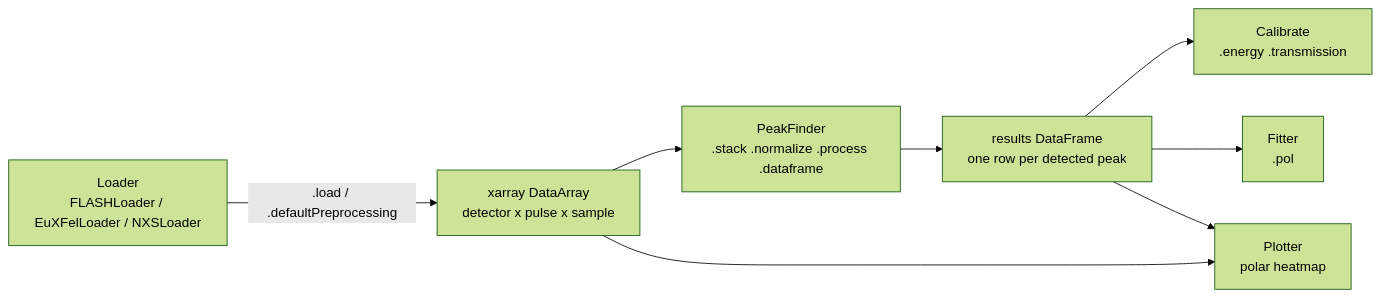
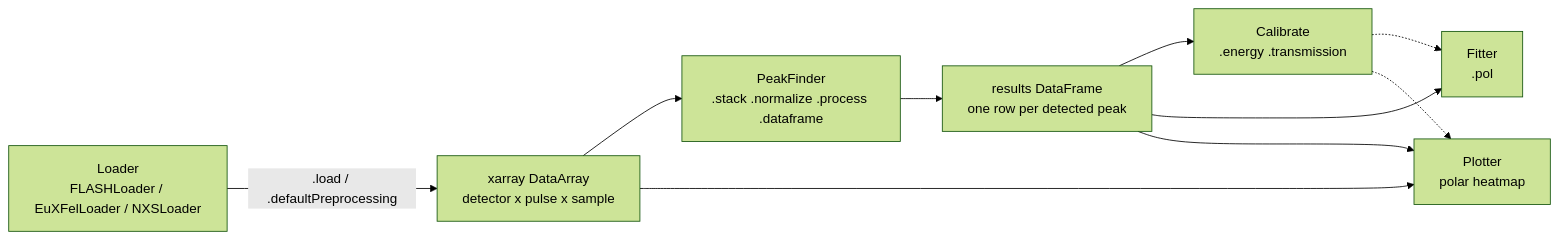
The diagram in README.md (XAC-CFEL/ToFPipeline), drawn with Mermaid (forest theme) before and after one commit. The commit also changed 2 other files, not shown here.

Commit message:
Peak widthfinder fixes

````diff
--- a/README.md
+++ b/README.md
@@ -30,10 +30,12 @@
 ```mermaid
 flowchart LR
     A[Loader\nFLASHLoader / EuXFelLoader / NXSLoader] -->|.load / .defaultPreprocessing| B[xarray DataArray\ndetector x pulse x sample]
     B --> C[PeakFinder\n.stack .normalize .process .dataframe]
     C --> D[results DataFrame\none row per detected peak]
     D --> E[Calibrate\n.energy .transmission]
     D --> F[Fitter\n.pol]
     B --> G[Plotter\npolar heatmap]
     D --> G
+    E -.-> F
+    E -.-> G
 ```
````
